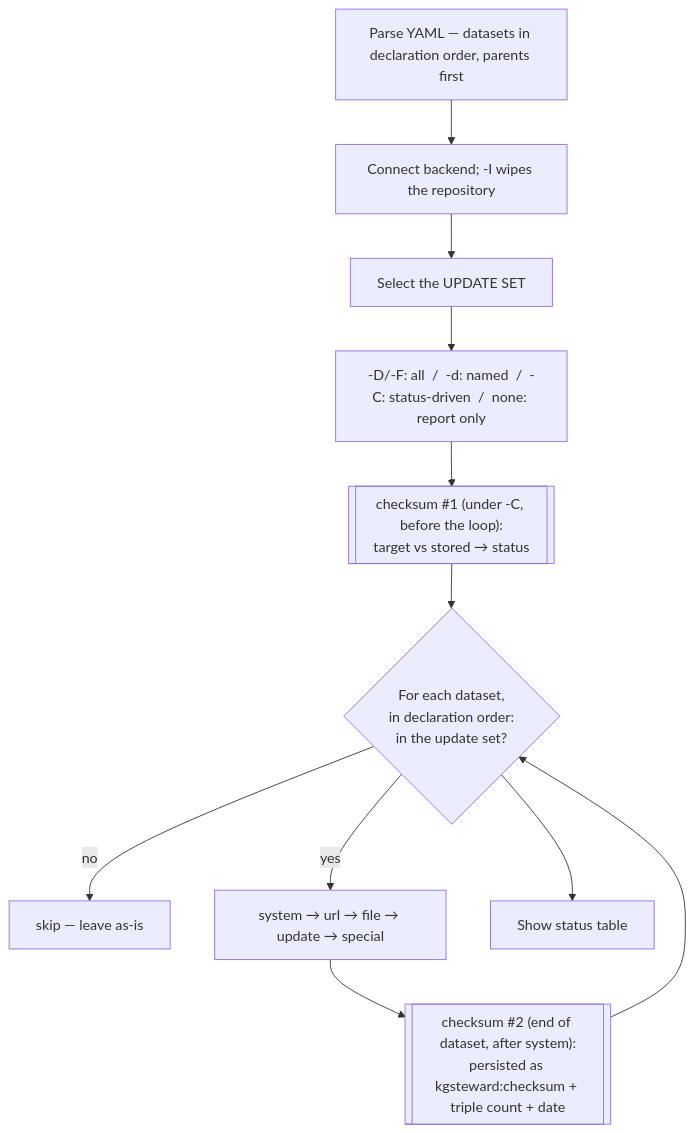
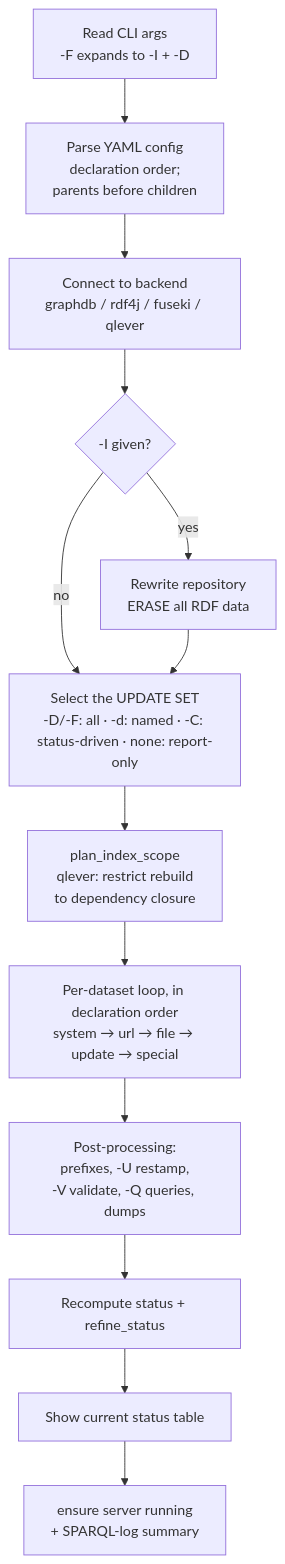
One commit to sib-swiss/kgsteward changed the first of 2 diagrams in doc/execution_model.md. Above: the diagram before and after it, drawn with Mermaid. The commit also changed other lines of this file, not shown here.

Commit message:
doc: restore the clean top-to-bottom flow diagram; one flow diagram only
Bring back the original phase-by-phase lifecycle flowchart (preferred over the
compacted busy version) and make it self-contained (selection criteria and the
per-dataset clause order inline). Fold the status-decision tree into prose, so
the page keeps just two diagrams: the run flow and the three-pass view.

````diff
--- a/doc/execution_model.md
+++ b/doc/execution_model.md
@@ -16,13 +16,15 @@
 ```mermaid
 flowchart TD
-    A[Parse YAML — datasets in declaration order, parents first] --> B[Connect backend; -I wipes the repository]
-    B --> C[Select the UPDATE SET]
-    C --> C1["-D/-F: all  /  -d: named  /  -C: status-driven  /  none: report only"]
-    C1 --> K1[["checksum #1 (under -C, before the loop):<br/>target vs stored → status"]]
-    K1 --> L{For each dataset,<br/>in declaration order:<br/>in the update set?}
-    L -- no --> S[skip — leave as-is]
-    L -- yes --> P[system → url → file → update → special]
-    P --> K2[["checksum #2 (end of dataset, after system):<br/>persisted as kgsteward:checksum + triple count + date"]]
-    K2 --> L
-    L --> Z[Show status table]
+    A[Read CLI args<br/>-F expands to -I + -D] --> B[Parse YAML config<br/>declaration order;<br/>parents before children]
+    B --> C[Connect to backend<br/>graphdb / rdf4j / fuseki / qlever]
+    C --> D{-I given?}
+    D -- yes --> E[Rewrite repository<br/>ERASE all RDF data]
+    D -- no --> F
+    E --> F[Select the UPDATE SET<br/>-D/-F: all · -d: named · -C: status-driven · none: report-only]
+    F --> G[plan_index_scope<br/>qlever: restrict rebuild<br/>to dependency closure]
+    G --> H[Per-dataset loop, in declaration order<br/>system → url → file → update → special]
+    H --> I[Post-processing:<br/>prefixes, -U restamp,<br/>-V validate, -Q queries, dumps]
+    I --> J[Recompute status + refine_status]
+    J --> K[Show current status table]
+    K --> L[ensure server running<br/>+ SPARQL-log summary]
 ```
````
